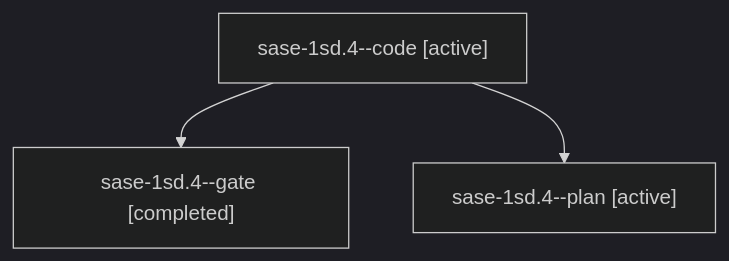
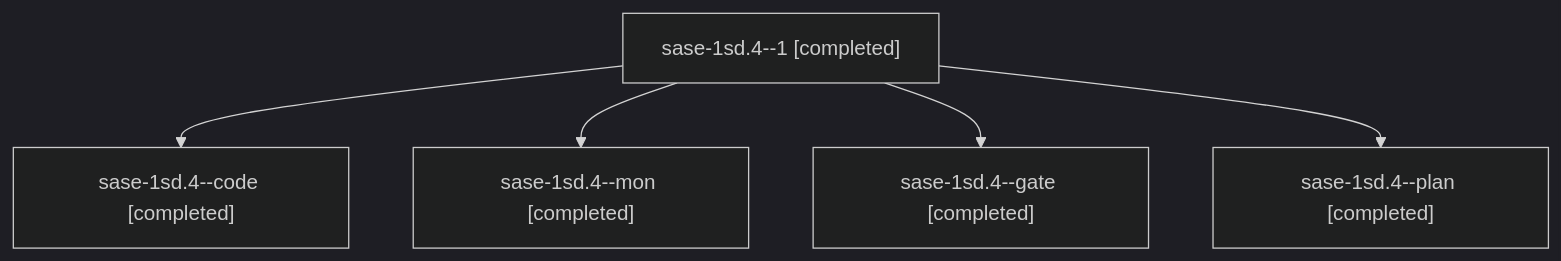
The diagram in sessions/bbugyi200.athena.sase-1sd.4.md (sase-org/sase--agents), drawn with Mermaid (dark theme) before and after one commit. The commit also changed other lines of this file and 43 other files, not shown here.

````diff
--- a/sessions/bbugyi200.athena.sase-1sd.4.md
+++ b/sessions/bbugyi200.athena.sase-1sd.4.md
@@ -9,8 +9,12 @@
 ```mermaid
 flowchart TD
-  n0["sase-1sd.4--code [active]"]
-  n1["sase-1sd.4--gate [completed]"]
+  n0["sase-1sd.4--1 [completed]"]
+  n1["sase-1sd.4--code [completed]"]
   n0 --> n1
-  n2["sase-1sd.4--plan [active]"]
+  n2["sase-1sd.4--mon [completed]"]
   n0 --> n2
+  n3["sase-1sd.4--gate [completed]"]
+  n0 --> n3
+  n4["sase-1sd.4--plan [completed]"]
+  n0 --> n4
 ```
````
